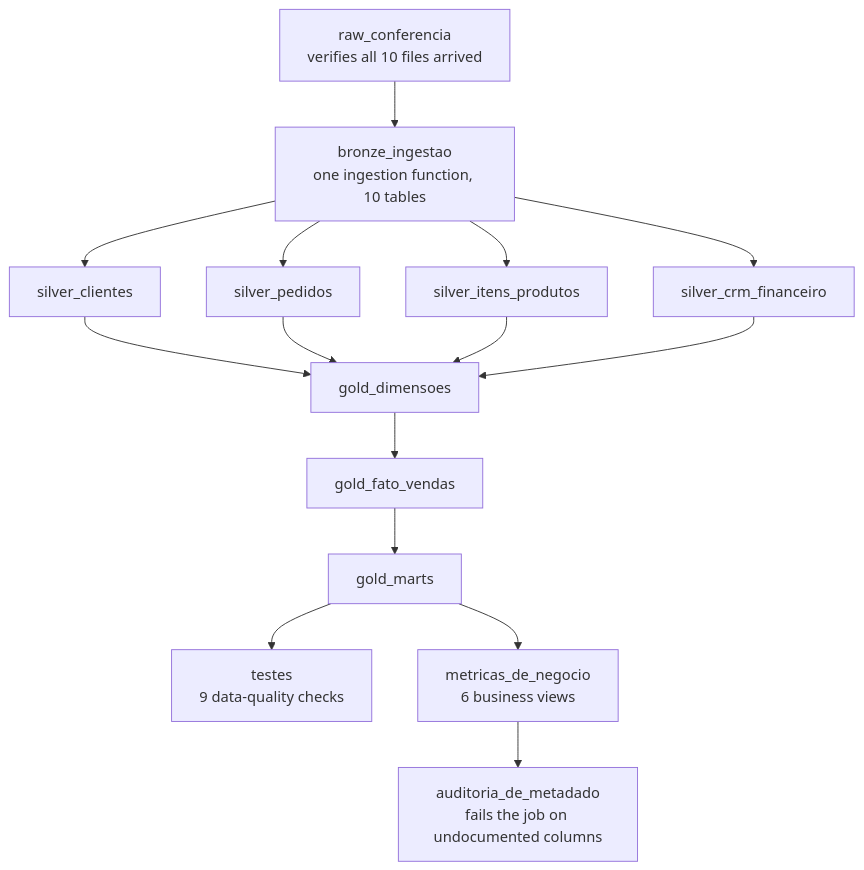
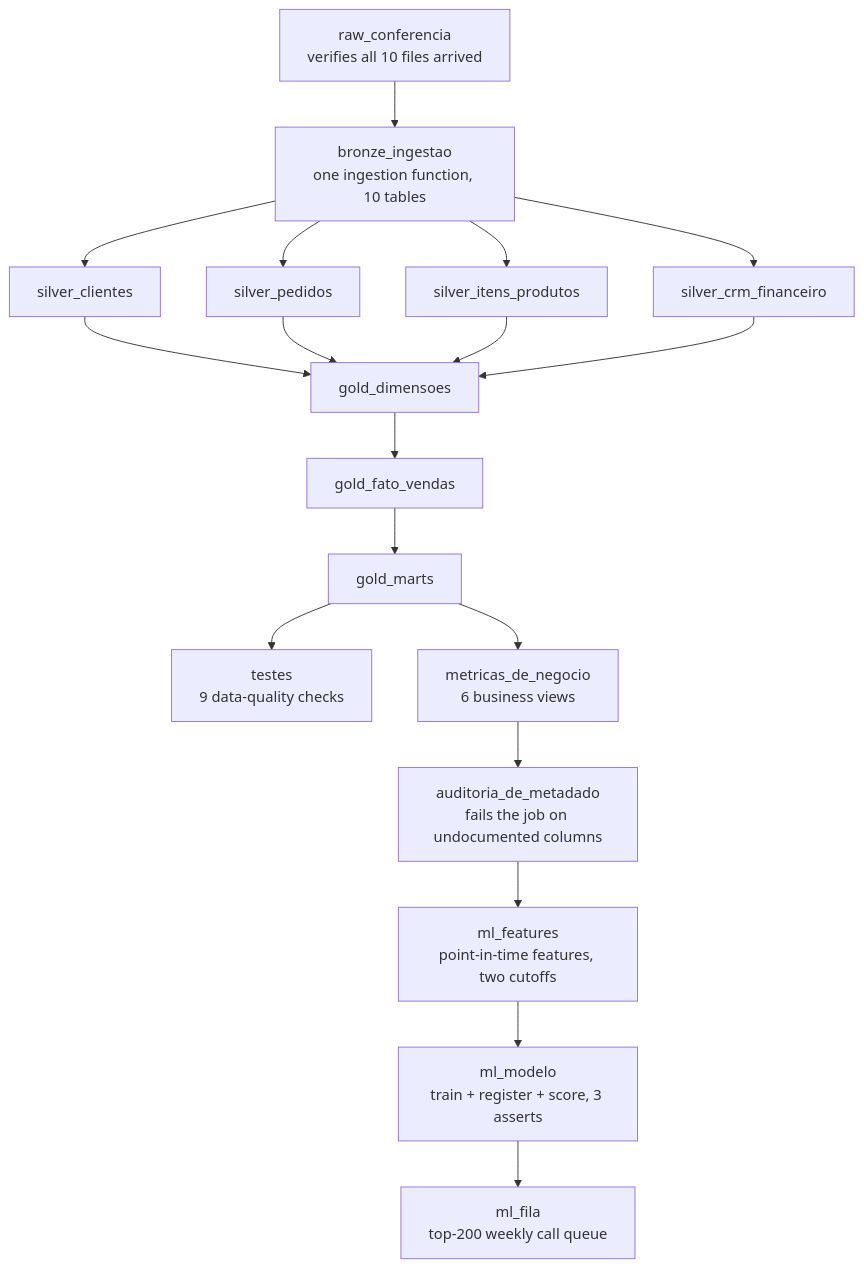
Before and after one commit to juliocbarros/LakehgousePerfume: the second of 2 diagrams in README.md, drawn with Mermaid. The commit also changed other lines of this file, not shown here.

First line of the commit message:
Update README with the ML layer (features, model, weekly queue)

````diff
--- a/README.md
+++ b/README.md
@@ -47,14 +51,17 @@
 ```mermaid
 flowchart TD
     A[raw_conferencia<br/>verifies all 10 files arrived] --> B[bronze_ingestao<br/>one ingestion function, 10 tables]
     B --> C1[silver_clientes]
     B --> C2[silver_pedidos]
     B --> C3[silver_itens_produtos]
     B --> C4[silver_crm_financeiro]
     C1 & C2 & C3 & C4 --> D[gold_dimensoes]
     D --> E[gold_fato_vendas]
     E --> F[gold_marts]
     F --> G[testes<br/>9 data-quality checks]
     F --> H[metricas_de_negocio<br/>6 business views]
     H --> I[auditoria_de_metadado<br/>fails the job on undocumented columns]
+    I --> J[ml_features<br/>point-in-time features, two cutoffs]
+    J --> K[ml_modelo<br/>train + register + score, 3 asserts]
+    K --> L[ml_fila<br/>top-200 weekly call queue]
 ```
````
